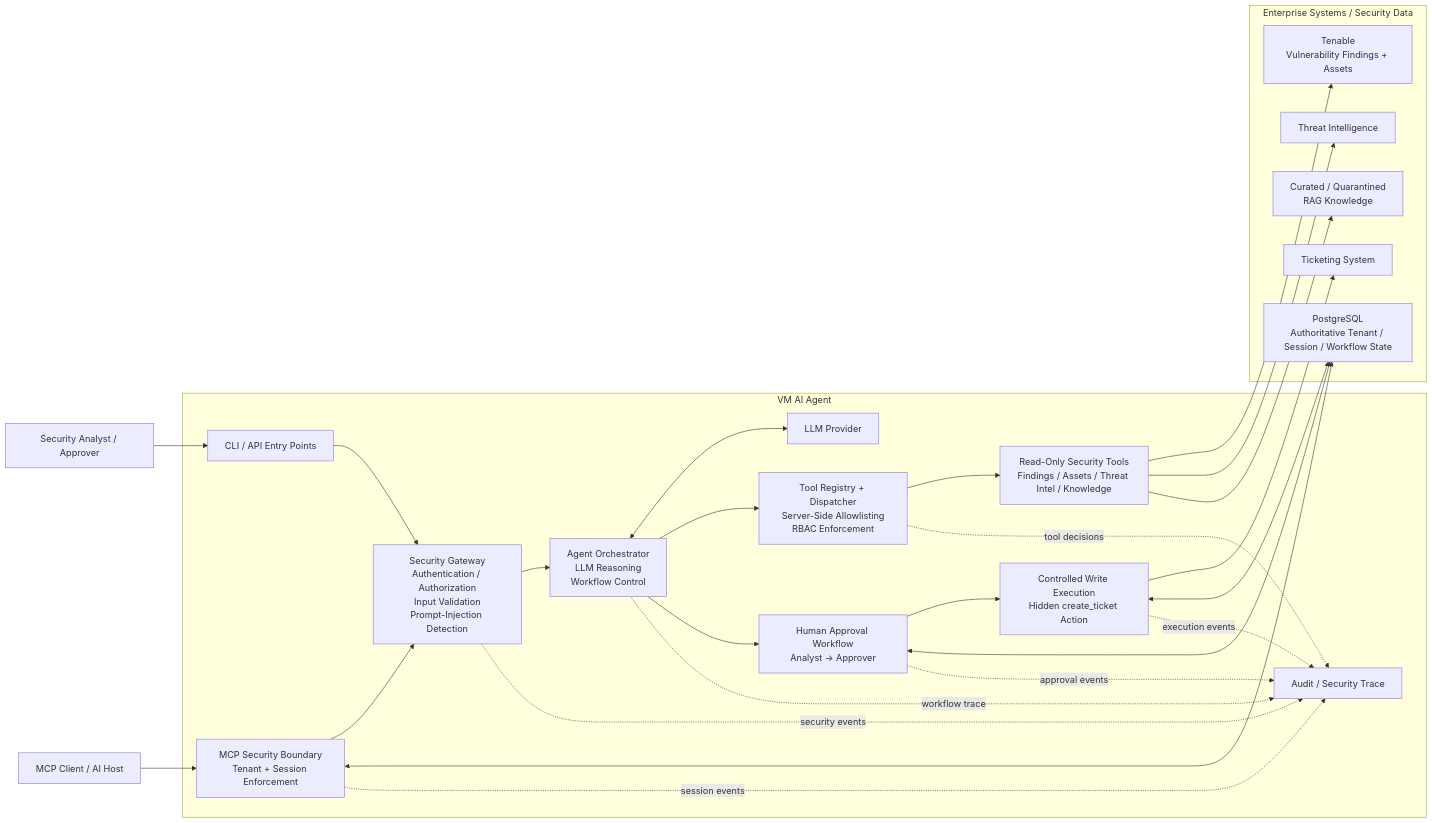
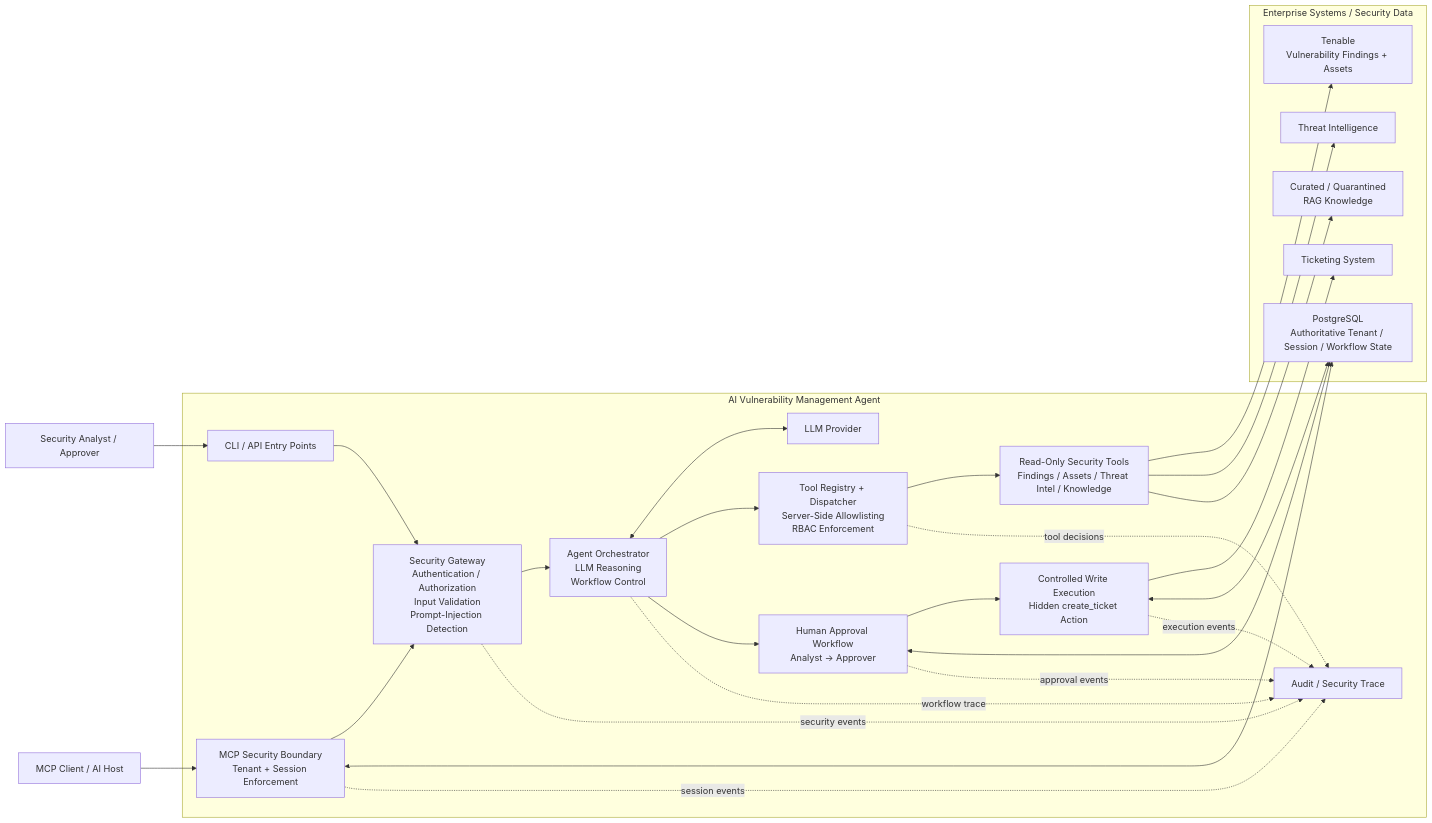
Before and after one commit to shabaaz3000-oss/vm-ai-agent: the first of 6 diagrams in docs/architecture.md, drawn with Mermaid. The commit also changed other lines of this file and 14 other files, not shown here.

Commit message:
Rename project to AI Vulnerability Management Agent

````diff
--- a/docs/architecture.md
+++ b/docs/architecture.md
@@ -13,66 +13,66 @@
 ```mermaid
 flowchart LR
 
     USER["Security Analyst / Approver"]
     MCPCLIENT["MCP Client / AI Host"]
 
-    subgraph APP["VM AI Agent"]
+    subgraph APP["AI Vulnerability Management Agent"]
         ENTRY["CLI / API Entry Points"]
 
         GATE["Security Gateway<br/>Authentication / Authorization<br/>Input Validation<br/>Prompt-Injection Detection"]
 
         ORCH["Agent Orchestrator<br/>LLM Reasoning<br/>Workflow Control"]
 
         LLM["LLM Provider"]
 
         DISP["Tool Registry + Dispatcher<br/>Server-Side Allowlisting<br/>RBAC Enforcement"]
 
         READ["Read-Only Security Tools<br/>Findings / Assets / Threat Intel / Knowledge"]
 
         APPROVAL["Human Approval Workflow<br/>Analyst → Approver"]
 
         EXEC["Controlled Write Execution<br/>Hidden create_ticket Action"]
 
         MCP["MCP Security Boundary<br/>Tenant + Session Enforcement"]
 
         AUDIT["Audit / Security Trace"]
     end
 
     subgraph DATA["Enterprise Systems / Security Data"]
         TENABLE["Tenable<br/>Vulnerability Findings + Assets"]
         THREAT["Threat Intelligence"]
         KNOWLEDGE["Curated / Quarantined<br/>RAG Knowledge"]
         TICKETING["Ticketing System"]
         POSTGRES["PostgreSQL<br/>Authoritative Tenant / Session / Workflow State"]
     end
 
     USER --> ENTRY
     MCPCLIENT --> MCP
     MCP --> GATE
     ENTRY --> GATE
 
     GATE --> ORCH
     ORCH <--> LLM
 
     ORCH --> DISP
     DISP --> READ
 
     READ --> TENABLE
     READ --> THREAT
     READ --> KNOWLEDGE
 
     ORCH --> APPROVAL
     APPROVAL --> EXEC
     EXEC --> TICKETING
 
     MCP <--> POSTGRES
     APPROVAL <--> POSTGRES
     EXEC <--> POSTGRES
 
     GATE -. security events .-> AUDIT
     ORCH -. workflow trace .-> AUDIT
     DISP -. tool decisions .-> AUDIT
     APPROVAL -. approval events .-> AUDIT
     EXEC -. execution events .-> AUDIT
     MCP -. session events .-> AUDIT
 ```
````
